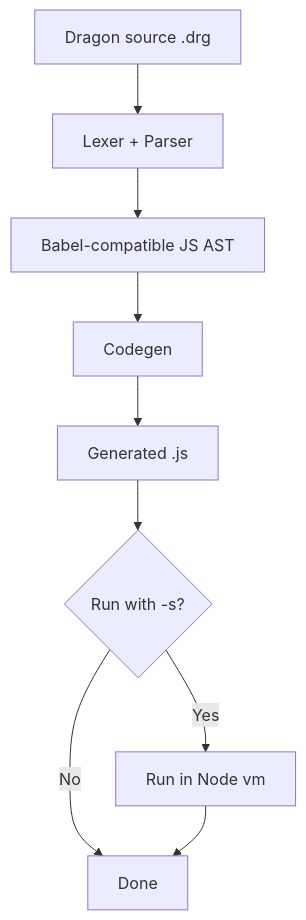
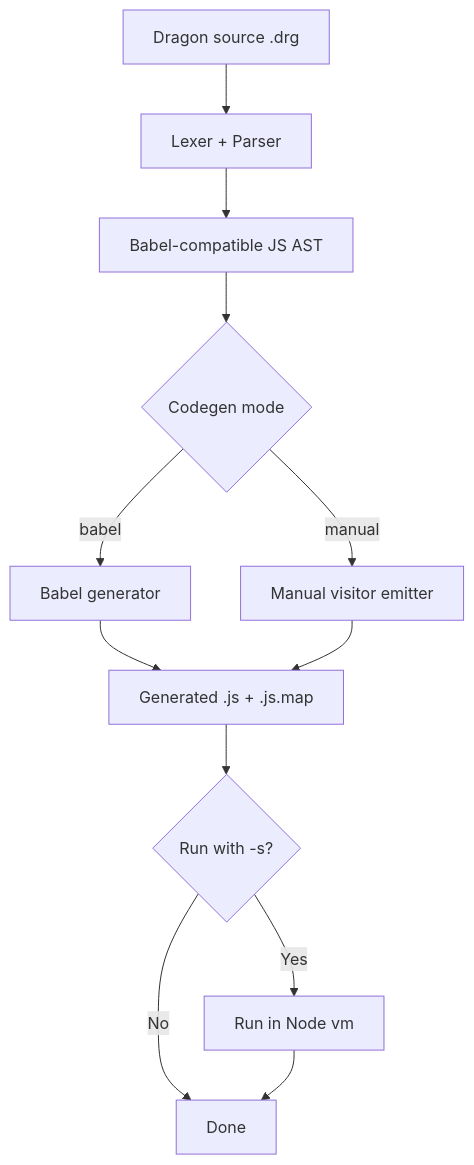
Before and after one commit to ULL-ESIT-PL-2526/competenciales-public-template: the diagram in README.md, drawn with Mermaid. The commit also changed other lines of this file and 36 other files, not shown here.

````diff
--- a/README.md
+++ b/README.md
@@ -24,11 +19,14 @@
 ```mermaid
 flowchart TD
   A[Dragon source .drg] --> B[Lexer + Parser]
   B --> C[Babel-compatible JS AST]
-  C --> E[Codegen]
-  E --> G[Generated .js]
+  C --> D{Codegen mode}
+  D -->|babel| E[Babel generator]
+  D -->|manual| F[Manual visitor emitter]
+  E --> G[Generated .js + .js.map]
+  F --> G
   G --> H{Run with -s?}
   H -- No --> I[Done]
   H -- Yes --> J[Run in Node vm]
   J --> I
 ```
````
